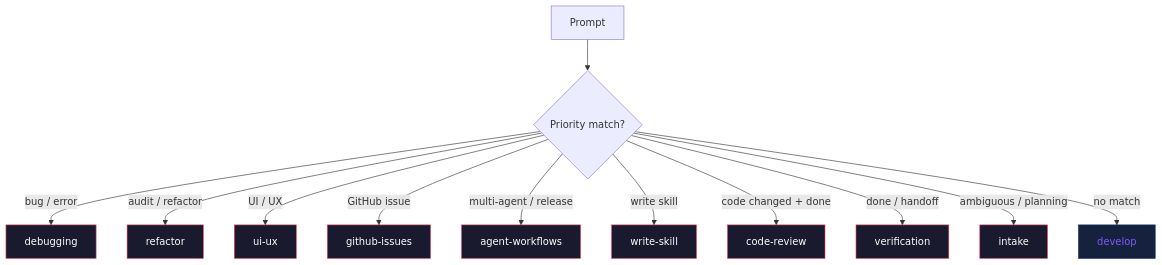
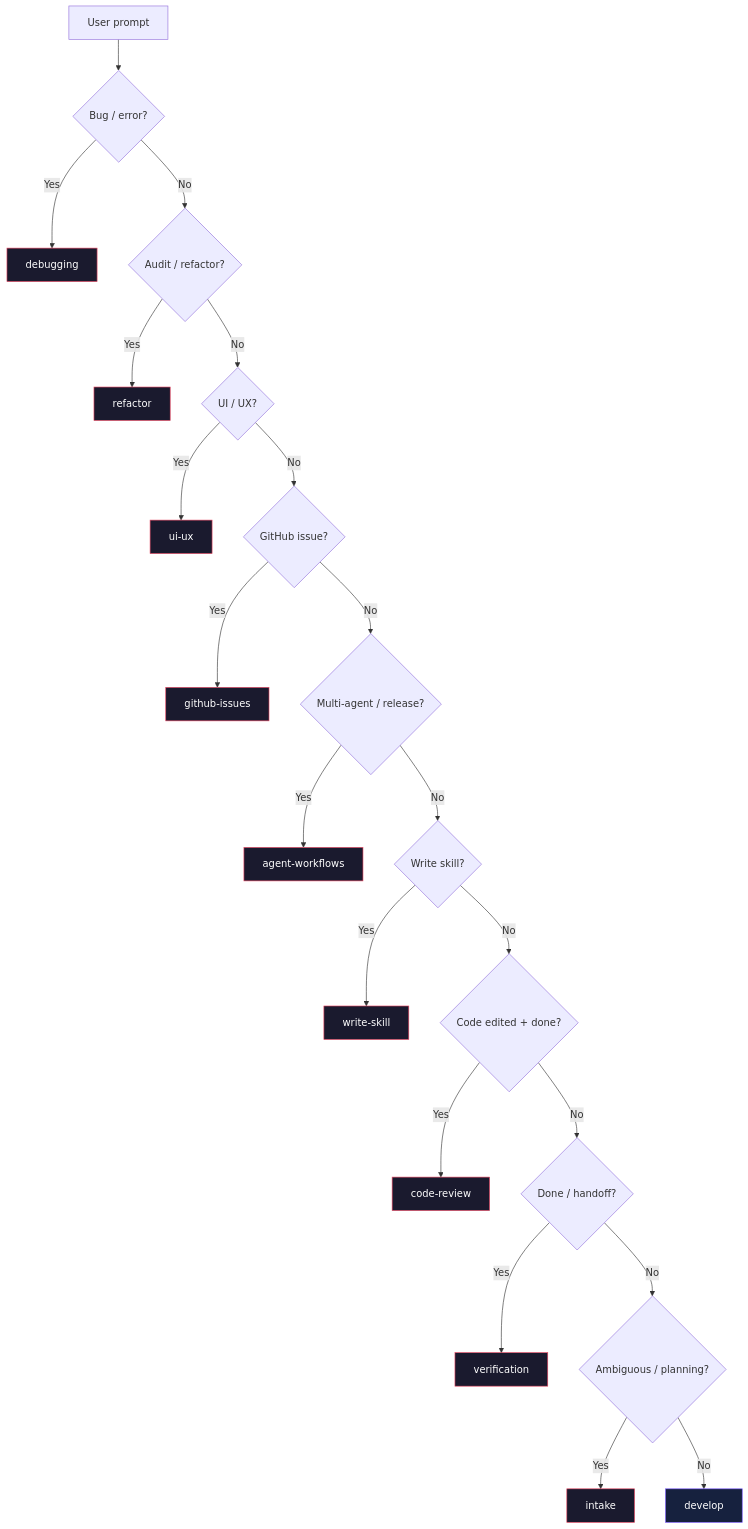
One commit to MarkBovee/agent-skills-kit changed the diagram in README.md. Above: the diagram before and after it, drawn with Mermaid.

Commit message:
docs(readme): sequential cascade flowchart instead of fan-out

````diff
--- a/README.md
+++ b/README.md
@@ -233,25 +233,33 @@
 ```mermaid
 flowchart TD
-    P[Prompt] --> C{Priority match?}
-    C -->|"bug / error"| D[debugging]
-    C -->|"audit / refactor"| R[refactor]
-    C -->|"UI / UX"| U[ui-ux]
-    C -->|"GitHub issue"| G[github-issues]
-    C -->|"multi-agent / release"| A[agent-workflows]
-    C -->|"write skill"| W[write-skill]
-    C -->|"code changed + done"| CR[code-review]
-    C -->|"done / handoff"| V[verification]
-    C -->|"ambiguous / planning"| I[intake]
-    C -->|"no match"| DE[develop]
+    P[User prompt] --> C1{"Bug / error?"}
+    C1 -->|Yes| D[debugging]
+    C1 -->|No| C2{"Audit / refactor?"}
+    C2 -->|Yes| R[refactor]
+    C2 -->|No| C3{"UI / UX?"}
+    C3 -->|Yes| U[ui-ux]
+    C3 -->|No| C4{"GitHub issue?"}
+    C4 -->|Yes| G[github-issues]
+    C4 -->|No| C5{"Multi-agent / release?"}
+    C5 -->|Yes| A[agent-workflows]
+    C5 -->|No| C6{"Write skill?"}
+    C6 -->|Yes| W[write-skill]
+    C6 -->|No| C7{"Code edited + done?"}
+    C7 -->|Yes| CR[code-review]
+    C7 -->|No| C8{"Done / handoff?"}
+    C8 -->|Yes| V[verification]
+    C8 -->|No| C9{"Ambiguous / planning?"}
+    C9 -->|Yes| I[intake]
+    C9 -->|No| DE[develop]
 
     style D fill:#1a1a2e,stroke:#e94560,color:#fff
     style R fill:#1a1a2e,stroke:#e94560,color:#fff
     style U fill:#1a1a2e,stroke:#e94560,color:#fff
     style G fill:#1a1a2e,stroke:#e94560,color:#fff
     style A fill:#1a1a2e,stroke:#e94560,color:#fff
     style W fill:#1a1a2e,stroke:#e94560,color:#fff
     style CR fill:#1a1a2e,stroke:#e94560,color:#fff
     style V fill:#1a1a2e,stroke:#e94560,color:#fff
     style I fill:#1a1a2e,stroke:#e94560,color:#fff
-    style DE fill:#16213e,stroke:#0f3460,color:#7C5CFF
+    style DE fill:#16213e,stroke:#7C5CFF,color:#fff
 ```
````
